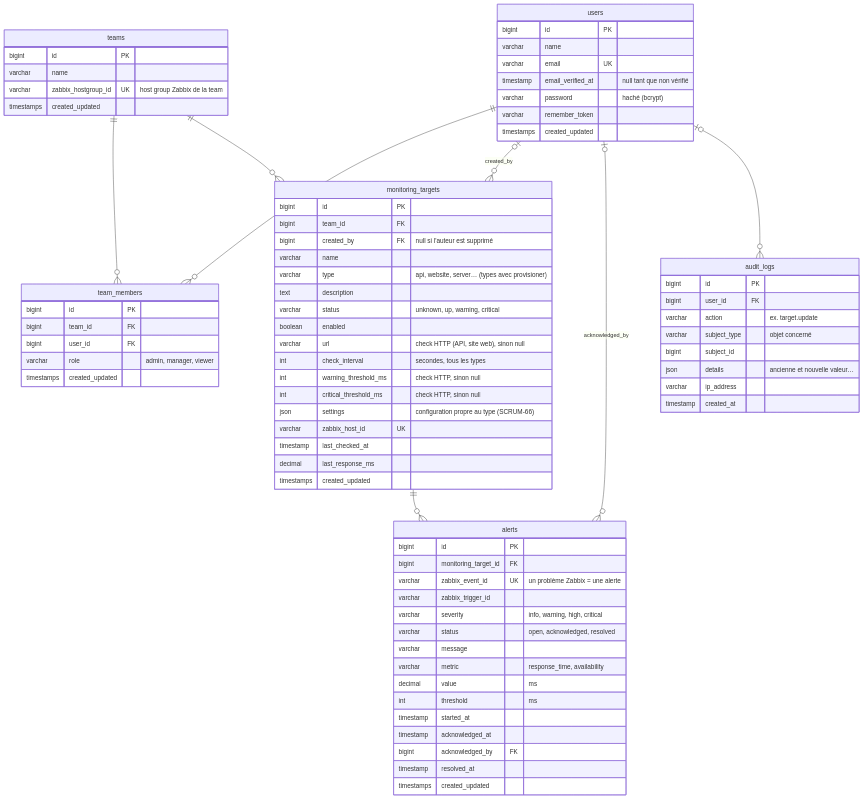
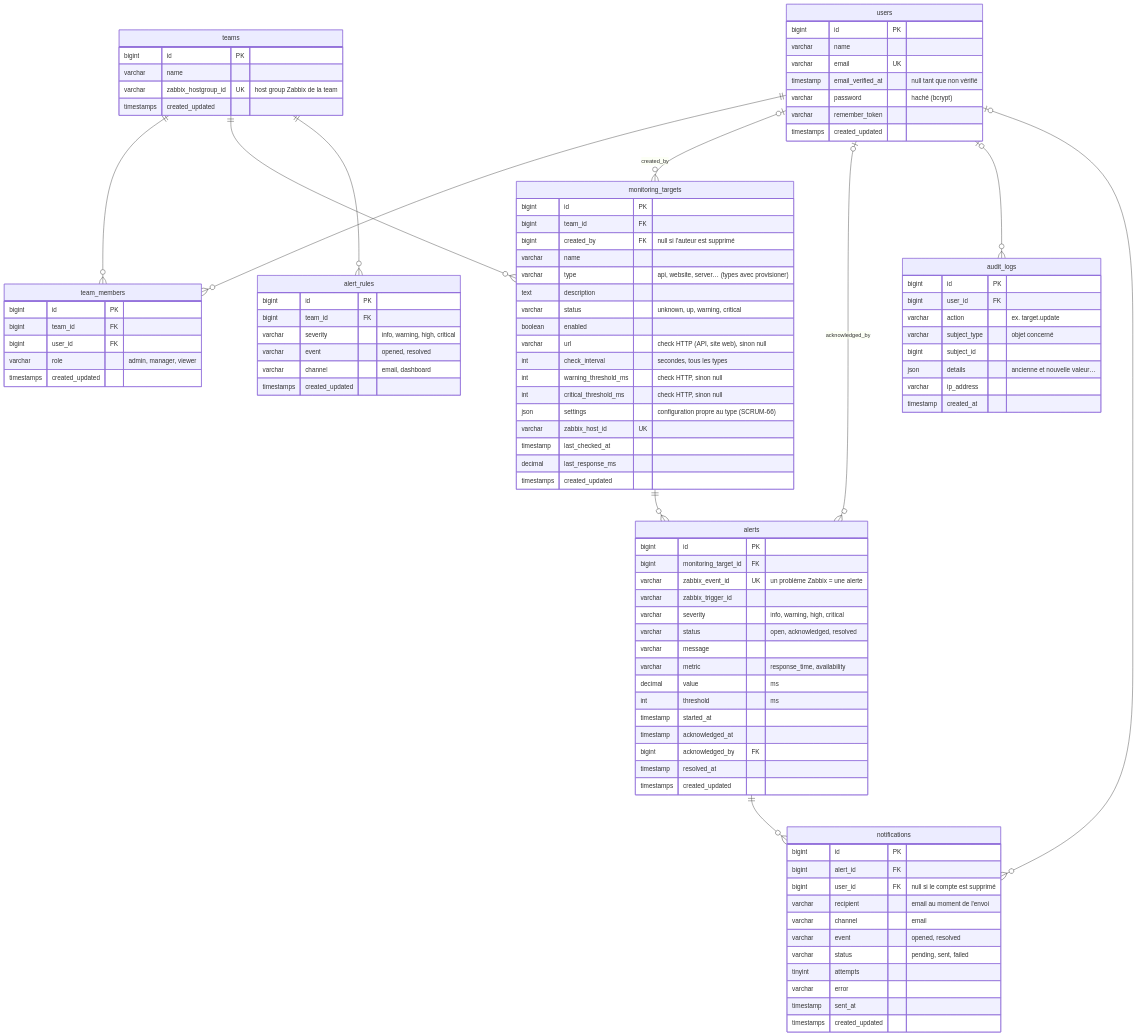
Before and after one commit to wissalsaidi/Monitoring-Platform: the second of 2 diagrams in docs/conception/04-modele-de-donnees.md, drawn with Mermaid. The commit also changed other lines of this file and 10 other files, not shown here.

````diff
--- a/docs/conception/04-modele-de-donnees.md
+++ b/docs/conception/04-modele-de-donnees.md
@@ -83,6 +88,27 @@
         timestamp resolved_at
         timestamps created_updated
     }
+    alert_rules {
+        bigint id PK
+        bigint team_id FK
+        varchar severity "info, warning, high, critical"
+        varchar event "opened, resolved"
+        varchar channel "email, dashboard"
+        timestamps created_updated
+    }
+    notifications {
+        bigint id PK
+        bigint alert_id FK
+        bigint user_id FK "null si le compte est supprimé"
+        varchar recipient "email au moment de l'envoi"
+        varchar channel "email"
+        varchar event "opened, resolved"
+        varchar status "pending, sent, failed"
+        tinyint attempts
+        varchar error
+        timestamp sent_at
+        timestamps created_updated
+    }
     audit_logs {
         bigint id PK
         bigint user_id FK
@@ -101,4 +127,7 @@
     monitoring_targets ||--o{ alerts : ""
     users |o--o{ alerts : "acknowledged_by"
     users |o--o{ audit_logs : ""
+    teams ||--o{ alert_rules : ""
+    alerts ||--o{ notifications : ""
+    users |o--o{ notifications : ""
 ```
````
